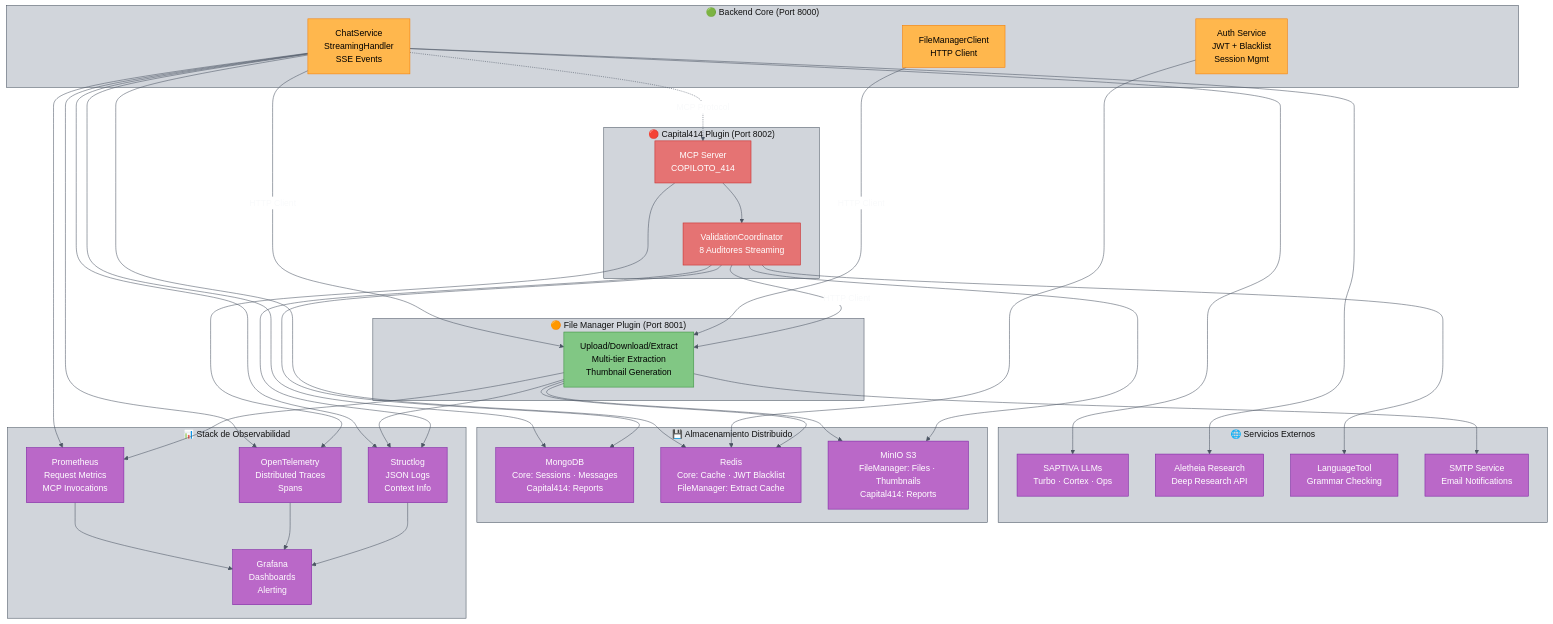
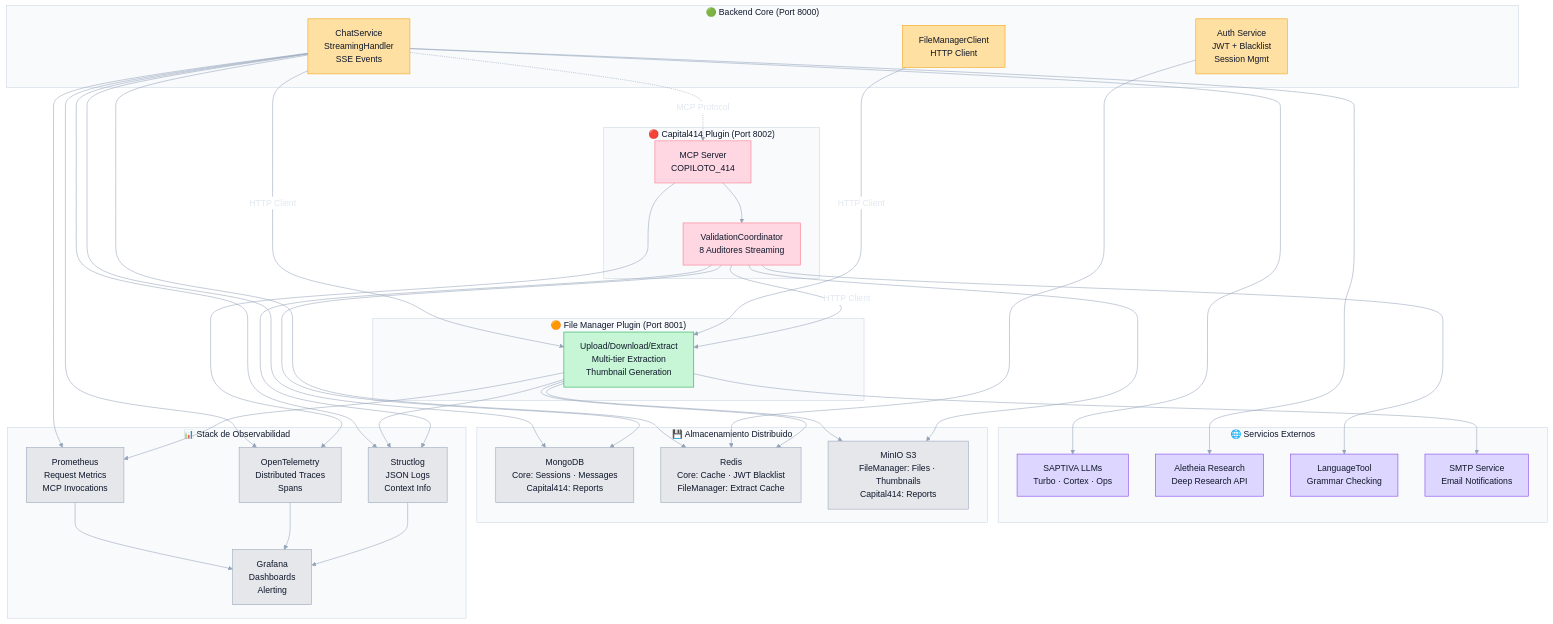
Before and after one commit to saptiva-ai/octavios-chat: the fourth of 11 diagrams in README.md, drawn with Mermaid. The commit also changed other lines of this file, not shown here.

Commit message:
docs: compact README and refresh diagrams

````diff
--- a/README.md
+++ b/README.md
@@ -565,79 +541,79 @@
 ```mermaid
-%%{init: {'theme': 'base', 'themeVariables': {'primaryColor': '#111111','primaryBorderColor': '#4b5563','primaryTextColor': '#f9fafb','lineColor': '#4b5563','secondaryColor': '#ffffff','secondaryBorderColor': '#4b5563','secondaryTextColor': '#111111','tertiaryColor': '#d1d5db','tertiaryBorderColor': '#4b5563','tertiaryTextColor': '#111111'}}}%%
+%%{init: {'theme': 'base', 'themeVariables': {'primaryColor': '#0f172a','primaryBorderColor': '#38bdf8','primaryTextColor': '#e2e8f0','lineColor': '#94a3b8','secondaryColor': '#ffffff','secondaryBorderColor': '#cbd5e1','secondaryTextColor': '#0f172a','tertiaryColor': '#f8fafc','tertiaryBorderColor': '#cbd5e1','tertiaryTextColor': '#0f172a'}}}%%
 flowchart TB
     subgraph Core["🟢 Backend Core (Port 8000)"]
         chat_core["ChatService<br/>StreamingHandler<br/>SSE Events"]:::core
         auth_core["Auth Service<br/>JWT + Blacklist<br/>Session Mgmt"]:::core
         fm_client_core["FileManagerClient<br/>HTTP Client"]:::core
     end
 
     subgraph FileManager["🟠 File Manager Plugin (Port 8001)"]
         fm_service["Upload/Download/Extract<br/>Multi-tier Extraction<br/>Thumbnail Generation"]:::plugin_public
     end
 
     subgraph Capital414["🔴 Capital414 Plugin (Port 8002)"]
         audit_service["MCP Server<br/>COPILOTO_414"]:::plugin_private
         validation_coord["ValidationCoordinator<br/>8 Auditores Streaming"]:::plugin_private
     end
 
     subgraph External["🌐 Servicios Externos"]
         saptiva["SAPTIVA LLMs<br/>Turbo · Cortex · Ops"]:::external
         aletheia["Aletheia Research<br/>Deep Research API"]:::external
         languagetool["LanguageTool<br/>Grammar Checking"]:::external
         smtp["SMTP Service<br/>Email Notifications"]:::external
     end
 
     subgraph Storage["💾 Almacenamiento Distribuido"]
         mongo["MongoDB<br/>Core: Sessions · Messages<br/>Capital414: Reports"]:::infra
         redis["Redis<br/>Core: Cache · JWT Blacklist<br/>FileManager: Extract Cache"]:::infra
         minio["MinIO S3<br/>FileManager: Files · Thumbnails<br/>Capital414: Reports"]:::infra
     end
 
     subgraph Observability["📊 Stack de Observabilidad"]
         prom["Prometheus<br/>Request Metrics<br/>MCP Invocations"]:::infra
         otel["OpenTelemetry<br/>Distributed Traces<br/>Spans"]:::infra
         logs["Structlog<br/>JSON Logs<br/>Context Info"]:::infra
         grafana["Grafana<br/>Dashboards<br/>Alerting"]:::infra
     end
 
     %% Plugin-First Communication
     chat_core -->|"HTTP Client"| fm_service
     fm_client_core -->|"HTTP Client"| fm_service
     chat_core -.->|"MCP Protocol"| audit_service
     audit_service --> validation_coord
     validation_coord -->|"HTTP Client"| fm_service
 
     %% External Service Connections
     chat_core --> saptiva
     chat_core --> aletheia
     validation_coord --> languagetool
     fm_service --> smtp
 
     %% Storage Connections (Distributed)
     chat_core --> mongo
     chat_core --> redis
     auth_core --> redis
     fm_service --> minio
     fm_service --> redis
     validation_coord --> mongo
     validation_coord --> minio
 
     %% Observability (Centralized)
     chat_core --> prom
     chat_core --> otel
     chat_core --> logs
     fm_service --> prom
     fm_service --> logs
     audit_service --> otel
     validation_coord --> logs
 
     prom --> grafana
     otel --> grafana
     logs --> grafana
 
-    classDef core fill:#ffb74d,stroke:#f57c00,color:#000000;
-    classDef plugin_public fill:#81c784,stroke:#388e3c,color:#000000;
-    classDef plugin_private fill:#e57373,stroke:#c62828,color:#ffffff;
-    classDef external fill:#ba68c8,stroke:#7b1fa2,color:#ffffff;
-    classDef infra fill:#ba68c8,stroke:#7b1fa2,color:#ffffff;
+    classDef core fill:#ffe0a3,stroke:#f59e0b,color:#0f172a;
+    classDef plugin_public fill:#c6f6d5,stroke:#16a34a,color:#0f172a;
+    classDef plugin_private fill:#fed7e2,stroke:#fb7185,color:#0f172a;
+    classDef external fill:#ddd6fe,stroke:#7c3aed,color:#0f172a;
+    classDef infra fill:#e5e7eb,stroke:#94a3b8,color:#0f172a;
 ```
````
